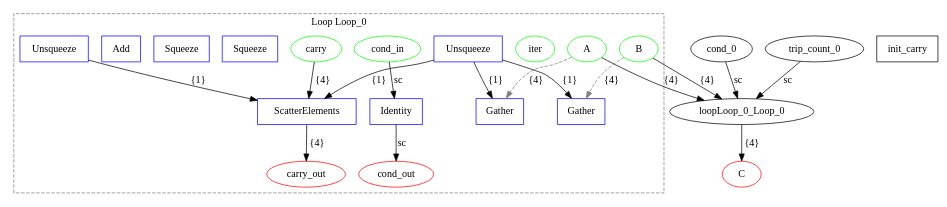
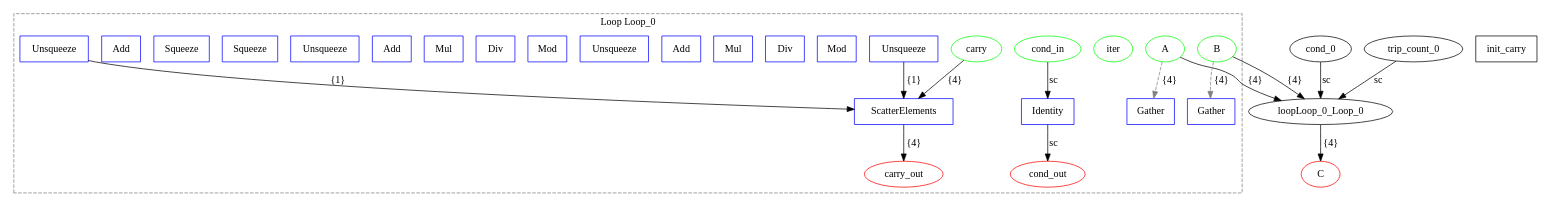
One commit to specs-feup/onnx-flow changed the diagram in examples/onnx/vectoradd_test.dot. Above: the diagram before and after it, drawn with Graphviz. The commit also changed 85 other files, not shown here.

```diff
--- a/examples/onnx/vectoradd_test.dot
+++ b/examples/onnx/vectoradd_test.dot
@@ -1,43 +1,51 @@
 digraph {
   graph [compound=true];
   A [label=A shape=ellipse color="#00FF00"];
   B [label=B shape=ellipse color="#00FF00"];
   C [label=C shape=ellipse color="#FF0000"];
   init_carry [label=init_carry shape=box];
   subgraph cluster_loop_Loop_0 {
     graph [rankdir=LR compound=true];
     loopLoop_0_iter [label=iter shape=ellipse color="#00FF00"];
     loopLoop_0_cond_in [label=cond_in shape=ellipse color="#00FF00"];
     loopLoop_0_carry [label=carry shape=ellipse color="#00FF00"];
     loopLoop_0_unsq [label=Unsqueeze shape=box color="#0000FF"];
-    loopLoop_0_unsq -> loopLoop_0_gather_A_0 [label="{1}"];
-    loopLoop_0_unsq -> loopLoop_0_gather_B_0 [label="{1}"];
     loopLoop_0_unsq -> loopLoop_0_scatter [label="{1}"];
-    loopLoop_0_gather_A_0 [label=Gather shape=box color="#0000FF"];
-    loopLoop_0_gather_B_0 [label=Gather shape=box color="#0000FF"];
+    loopLoop_0_mr_mod_gb_A_0_0 [label=Mod shape=box color="#0000FF"];
+    loopLoop_0_mr_div_gb_A_0_0 [label=Div shape=box color="#0000FF"];
+    loopLoop_0_lin_mul_gb_lin_A_0_0 [label=Mul shape=box color="#0000FF"];
+    loopLoop_0_lin_add_gb_lin_A_0_0 [label=Add shape=box color="#0000FF"];
+    loopLoop_0_gb_linU_A_0 [label=Unsqueeze shape=box color="#0000FF"];
+    loopLoop_0_gb_g_A_0 [label=Gather shape=box color="#0000FF"];
+    loopLoop_0_mr_mod_gb_B_0_0 [label=Mod shape=box color="#0000FF"];
+    loopLoop_0_mr_div_gb_B_0_0 [label=Div shape=box color="#0000FF"];
+    loopLoop_0_lin_mul_gb_lin_B_0_0 [label=Mul shape=box color="#0000FF"];
+    loopLoop_0_lin_add_gb_lin_B_0_0 [label=Add shape=box color="#0000FF"];
+    loopLoop_0_gb_linU_B_0 [label=Unsqueeze shape=box color="#0000FF"];
+    loopLoop_0_gb_g_B_0 [label=Gather shape=box color="#0000FF"];
     loopLoop_0_sq_0_in0_scalar [label=Squeeze shape=box color="#0000FF"];
     loopLoop_0_sq_0_in1_scalar [label=Squeeze shape=box color="#0000FF"];
     loopLoop_0_Add_0 [label=Add shape=box color="#0000FF"];
     loopLoop_0_updateUnsq [label=Unsqueeze shape=box color="#0000FF"];
     loopLoop_0_updateUnsq -> loopLoop_0_scatter [label="{1}"];
     loopLoop_0_scatter [label=ScatterElements shape=box color="#0000FF"];
     loopLoop_0_id_cond [label=Identity shape=box color="#0000FF"];
     loopLoop_0_cond_out [label=cond_out shape=ellipse color="#FF0000"];
     loopLoop_0_carry_out [label=carry_out shape=ellipse color="#FF0000"];
     loopLoop_0_carry -> loopLoop_0_scatter [label="{4}"];
     loopLoop_0_cond_in -> loopLoop_0_id_cond [label=sc];
     loopLoop_0_scatter -> loopLoop_0_carry_out [label="{4}"];
     loopLoop_0_id_cond -> loopLoop_0_cond_out [label=sc];
-    A -> loopLoop_0_gather_A_0 [style=dashed color=gray label="{4}"];
-    B -> loopLoop_0_gather_B_0 [style=dashed color=gray label="{4}"];
+    A -> loopLoop_0_gb_g_A_0 [style=dashed color=gray label="{4}"];
+    B -> loopLoop_0_gb_g_B_0 [style=dashed color=gray label="{4}"];
     graph [label="Loop Loop_0"];
     graph [style=dashed];
     graph [color=gray];
   }
 
   A -> loopLoop_0_Loop_0 [label="{4}" lhead=cluster_loop_Loop_0];
   cond_0 -> loopLoop_0_Loop_0 [label=sc lhead=cluster_loop_Loop_0];
   loopLoop_0_Loop_0 -> C [label="{4}" ltail=cluster_loop_Loop_0];
   B -> loopLoop_0_Loop_0 [label="{4}" lhead=cluster_loop_Loop_0];
   trip_count_0 -> loopLoop_0_Loop_0 [label=sc lhead=cluster_loop_Loop_0];
 }
```
